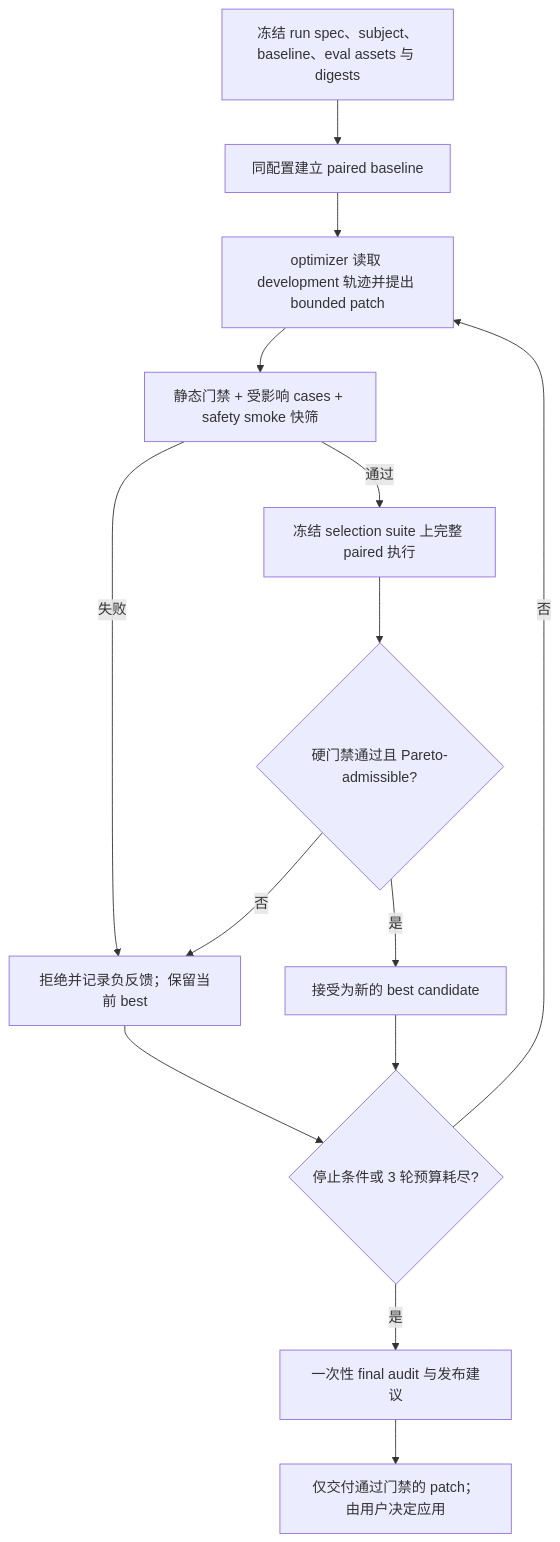
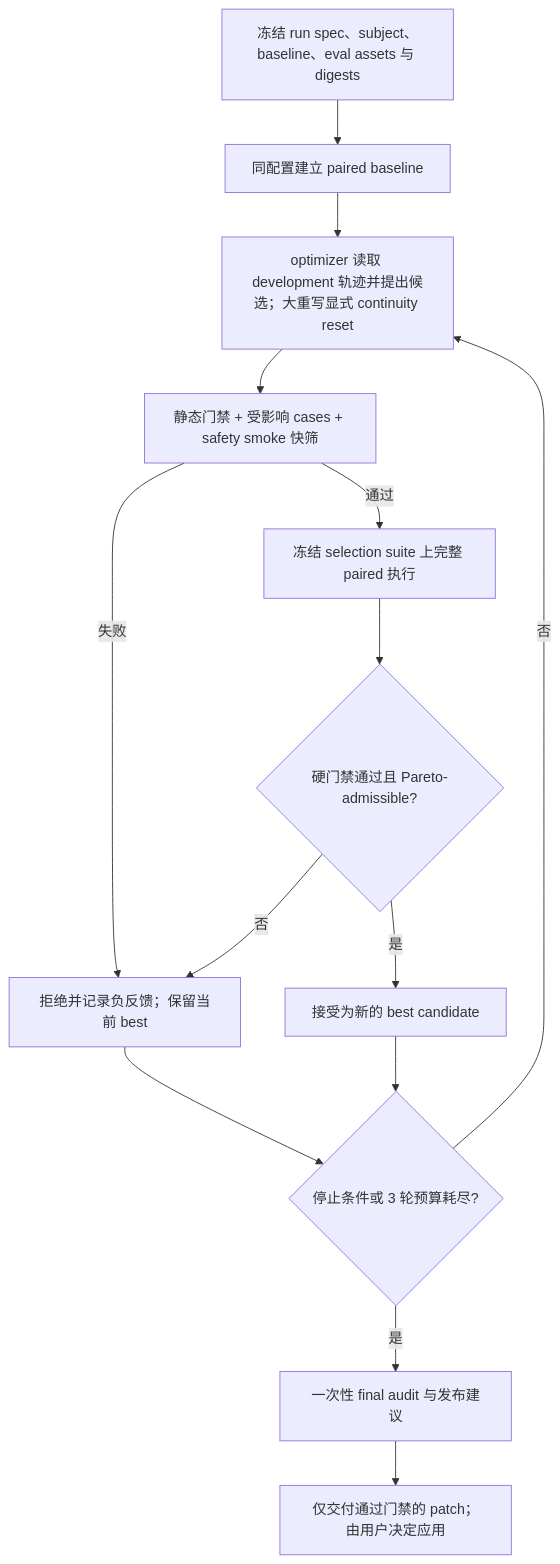
The diagram in docs/RESEARCH_SKILL_REVIEW_EVOLUTION.md (Nirvana-Jie/skill-reviewer), drawn with Mermaid before and after one commit. The commit also changed other lines of this file and 33 other files, not shown here.

````diff
--- a/docs/RESEARCH_SKILL_REVIEW_EVOLUTION.md
+++ b/docs/RESEARCH_SKILL_REVIEW_EVOLUTION.md
@@ -127,16 +132,16 @@
 ```mermaid
 flowchart TD
     A["冻结 run spec、subject、baseline、eval assets 与 digests"] --> B["同配置建立 paired baseline"]
-    B --> C["optimizer 读取 development 轨迹并提出 bounded patch"]
+    B --> C["optimizer 读取 development 轨迹并提出候选；大重写显式 continuity reset"]
     C --> D["静态门禁 + 受影响 cases + safety smoke 快筛"]
     D -->|"失败"| E["拒绝并记录负反馈；保留当前 best"]
     D -->|"通过"| F["冻结 selection suite 上完整 paired 执行"]
     F --> G{"硬门禁通过且 Pareto-admissible?"}
     G -->|"否"| E
     G -->|"是"| H["接受为新的 best candidate"]
     E --> I{"停止条件或 3 轮预算耗尽?"}
     H --> I
     I -->|"否"| C
     I -->|"是"| J["一次性 final audit 与发布建议"]
     J --> K["仅交付通过门禁的 patch；由用户决定应用"]
 ```
````
